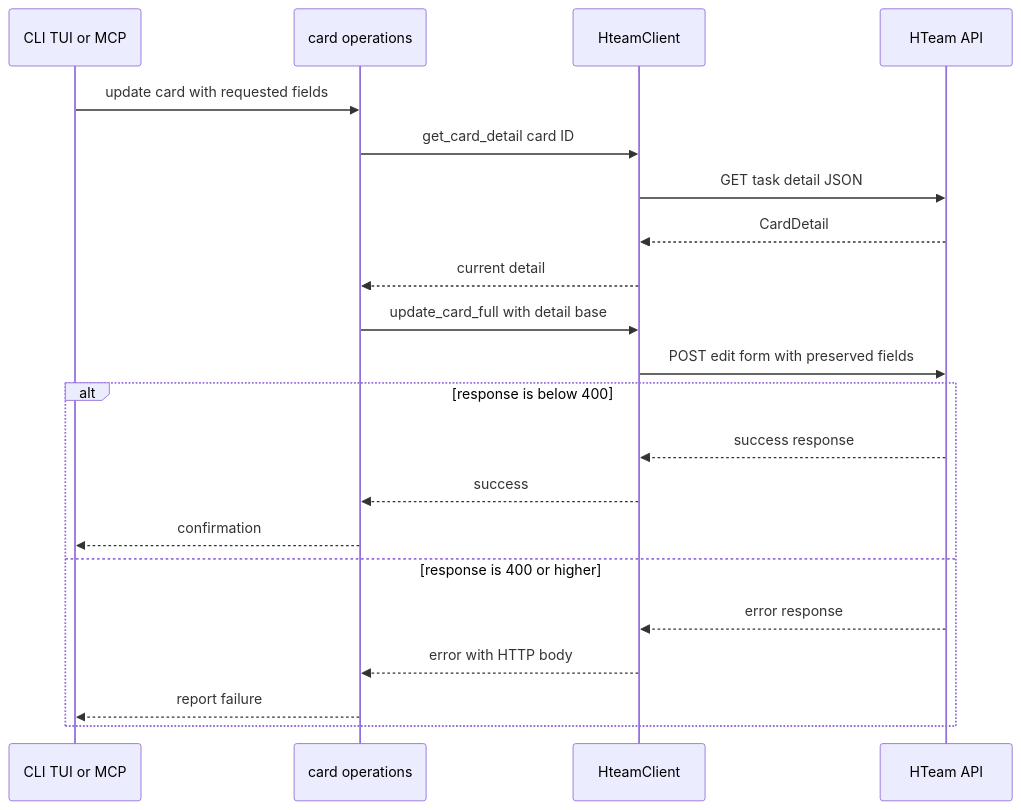
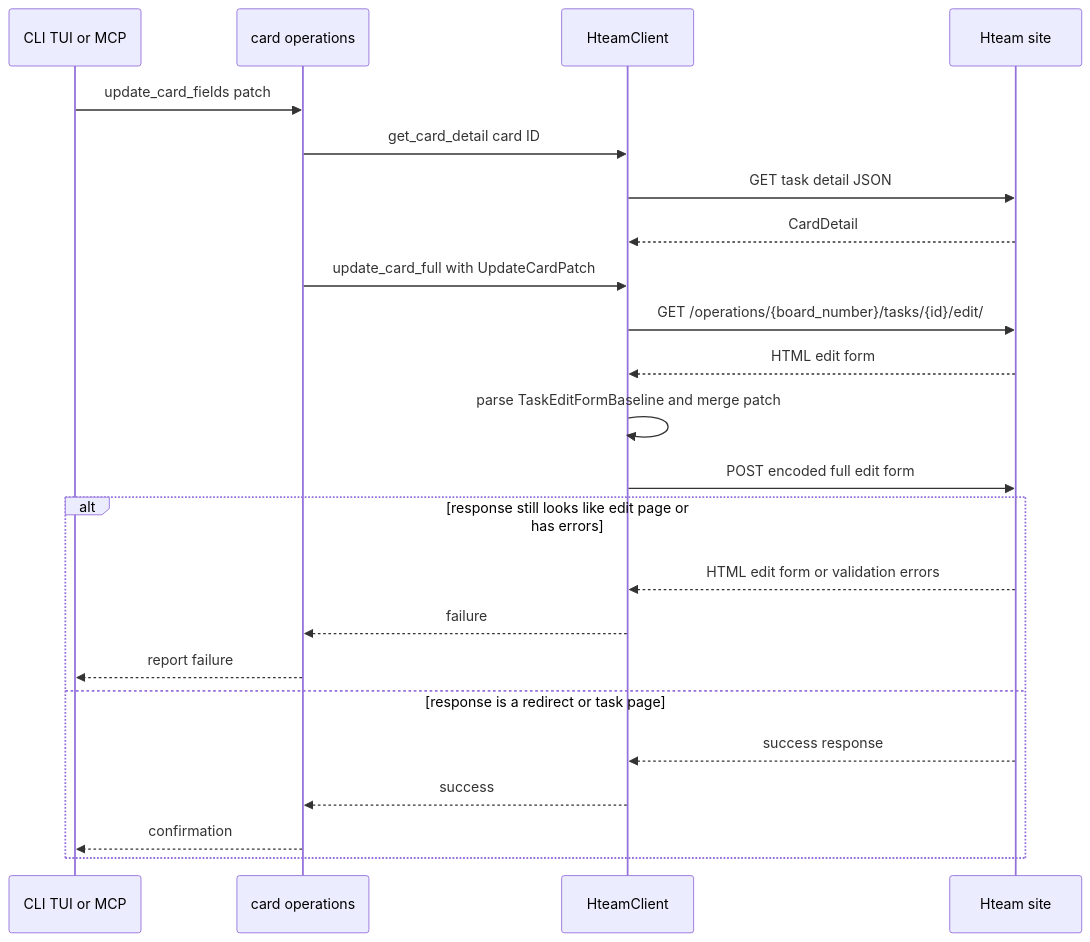
Before and after one commit to 4DRIAN0RTIZ/hteam-cli: the first of 3 diagrams in openwiki/workflows/card-mutations-and-comments.md, drawn with Mermaid. The commit also changed other lines of this file and 10 other files, not shown here.

First line of the commit message:
docs(openwiki): document HTML task edit form contract

````diff
--- a/openwiki/workflows/card-mutations-and-comments.md
+++ b/openwiki/workflows/card-mutations-and-comments.md
@@ -66,24 +66,26 @@
 ```mermaid
 sequenceDiagram
     participant Surface as CLI TUI or MCP
     participant Ops as card operations
     participant Client as HteamClient
-    participant API as HTeam API
+    participant Site as Hteam site
 
-    Surface->>Ops: update card with requested fields
+    Surface->>Ops: update_card_fields patch
     Ops->>Client: get_card_detail card ID
-    Client->>API: GET task detail JSON
-    API-->>Client: CardDetail
-    Client-->>Ops: current detail
-    Ops->>Client: update_card_full with detail base
-    Client->>API: POST edit form with preserved fields
-    alt response is below 400
-        API-->>Client: success response
+    Client->>Site: GET task detail JSON
+    Site-->>Client: CardDetail
+    Ops->>Client: update_card_full with UpdateCardPatch
+    Client->>Site: GET /operations/{board_number}/tasks/{id}/edit/
+    Site-->>Client: HTML edit form
+    Client->>Client: parse TaskEditFormBaseline and merge patch
+    Client->>Site: POST encoded full edit form
+    alt response still looks like edit page or has errors
+        Site-->>Client: HTML edit form or validation errors
+        Client-->>Ops: failure
+        Ops-->>Surface: report failure
+    else response is a redirect or task page
+        Site-->>Client: success response
         Client-->>Ops: success
         Ops-->>Surface: confirmation
-    else response is 400 or higher
-        API-->>Client: error response
-        Client-->>Ops: error with HTTP body
-        Ops-->>Surface: report failure
     end
 ```
````
